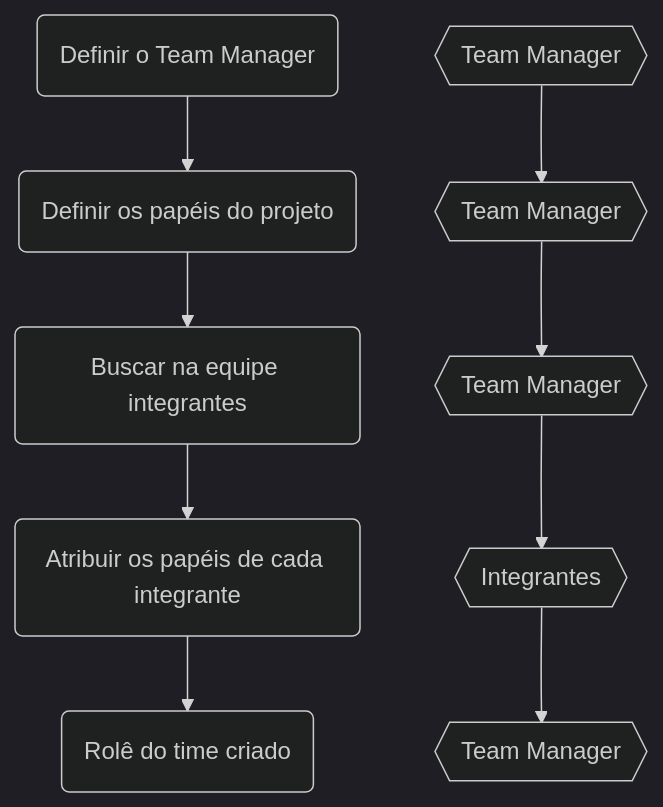
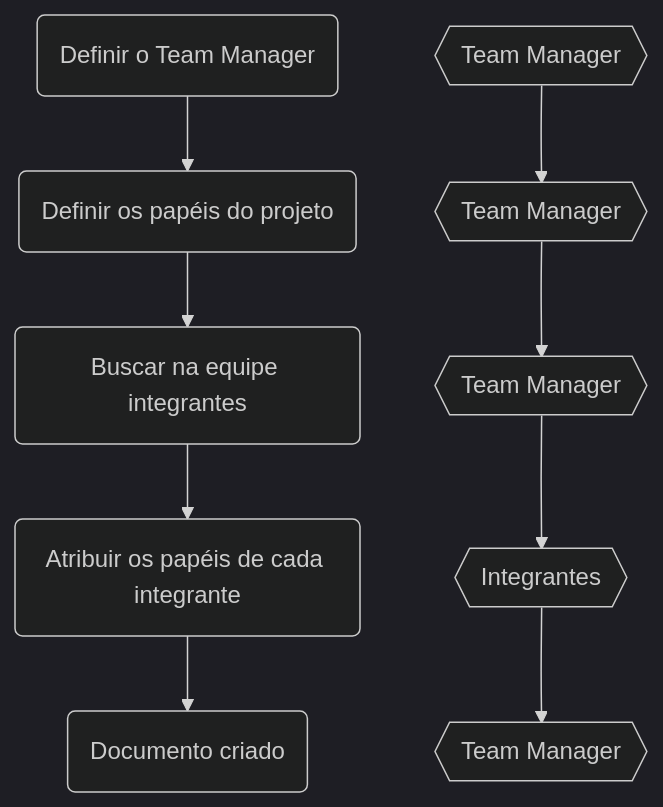
One commit to BrunoBiluca/biluca-knowledge changed the second of 2 diagrams in project_management/management_basics.md. Above: the diagram before and after it, drawn with Mermaid (dark theme). The commit also changed other lines of this file and 10 other files, not shown here.

````diff
--- a/project_management/management_basics.md
+++ b/project_management/management_basics.md
@@ -138,19 +202,19 @@
 ```mermaid
 flowchart TB
 
 dtm(Definir o Team Manager)
 dr(Definir os papéis do projeto)
 ar(Buscar na equipe integrantes)
 rp(Atribuir os papéis de cada integrante)
-doc(Rolê do time criado)
+doc(Documento criado)
 
 teamManager1{{Team Manager}}
 teamManager2{{Team Manager}}
 teamManager3{{Team Manager}}
 teamManager4{{Team Manager}}
 integrante{{Integrantes}}
 
 teamManager1 --> teamManager2 --> teamManager3 --> integrante --> teamManager4
 
 dtm --> dr --> ar --> rp --> doc
 ```
````
